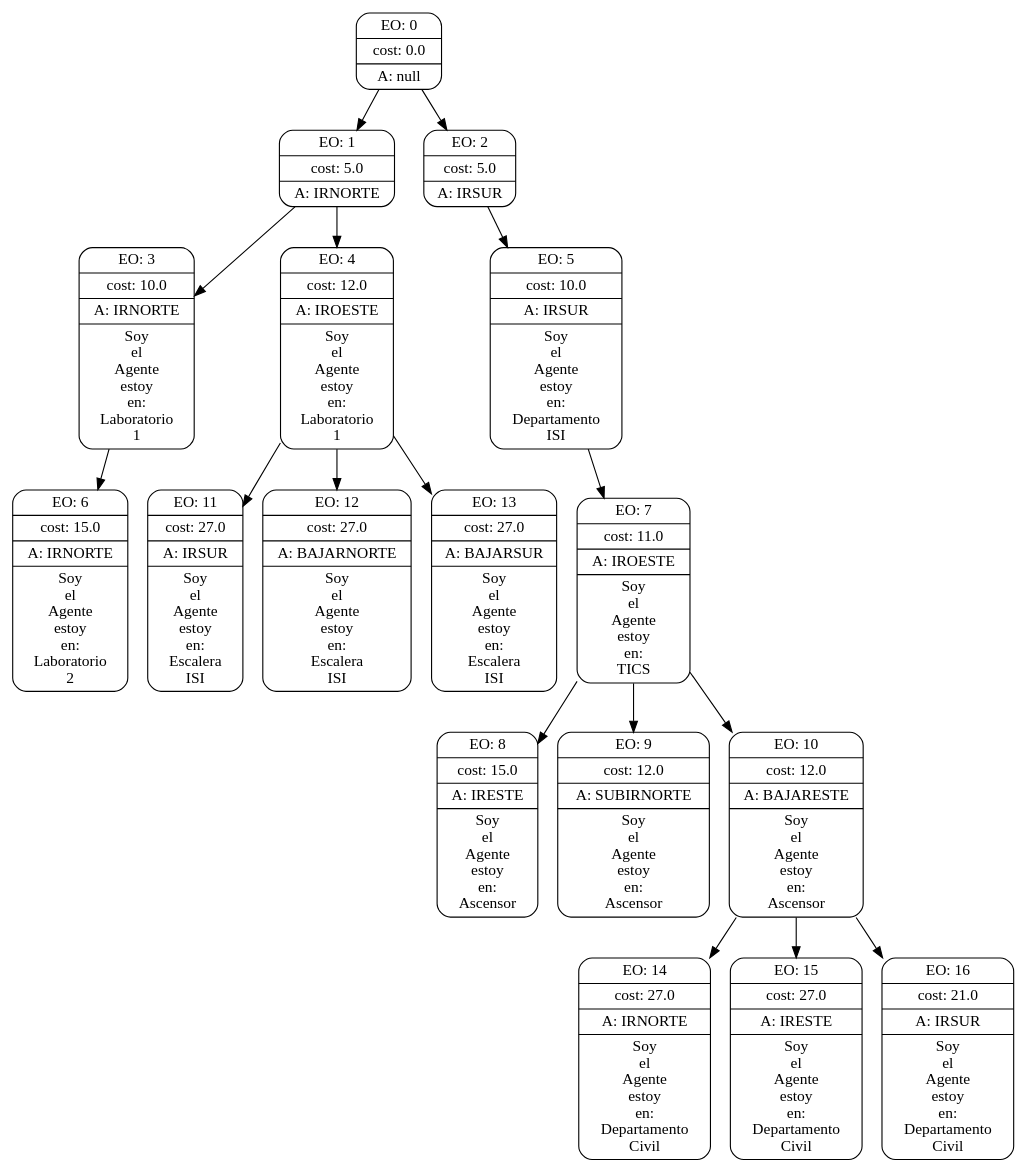
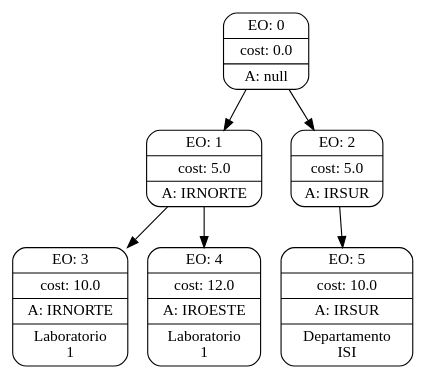
One commit to SofiLo/InteligenciaArtificial changed the diagram in agente/searchGVTrees/8.dot. Above: the diagram before and after it, drawn with Graphviz. The commit also changed 184 other files, not shown here.

```diff
--- a/agente/searchGVTrees/8.dot
+++ b/agente/searchGVTrees/8.dot
@@ -1,54 +1,21 @@
 digraph g {
 node [shape = Mrecord];
 nodo0[label="{EO: 0|cost: 0.0|A: null}"]
 nodo1[label="{EO: 1|cost: 5.0|A: IRNORTE}"]
-nodo3[label="{EO: 3|cost: 10.0|A: IRNORTE|Soy\nel\nAgente\nestoy\nen:\nLaboratorio\n1}"]
-nodo6[label="{EO: 6|cost: 15.0|A: IRNORTE|Soy\nel\nAgente\nestoy\nen:\nLaboratorio\n2}"]
-
-nodo3 -> nodo6;
+nodo3[label="{EO: 3|cost: 10.0|A: IRNORTE|Laboratorio\n1}"]
 
 nodo1 -> nodo3;
-nodo4[label="{EO: 4|cost: 12.0|A: IROESTE|Soy\nel\nAgente\nestoy\nen:\nLaboratorio\n1}"]
-nodo11[label="{EO: 11|cost: 27.0|A: IRSUR|Soy\nel\nAgente\nestoy\nen:\nEscalera\nISI}"]
-
-nodo4 -> nodo11;
-nodo12[label="{EO: 12|cost: 27.0|A: BAJARNORTE|Soy\nel\nAgente\nestoy\nen:\nEscalera\nISI}"]
-
-nodo4 -> nodo12;
-nodo13[label="{EO: 13|cost: 27.0|A: BAJARSUR|Soy\nel\nAgente\nestoy\nen:\nEscalera\nISI}"]
-
-nodo4 -> nodo13;
+nodo4[label="{EO: 4|cost: 12.0|A: IROESTE|Laboratorio\n1}"]
 
 nodo1 -> nodo4;
 
 nodo0 -> nodo1;
 nodo2[label="{EO: 2|cost: 5.0|A: IRSUR}"]
-nodo5[label="{EO: 5|cost: 10.0|A: IRSUR|Soy\nel\nAgente\nestoy\nen:\nDepartamento\nISI}"]
-nodo7[label="{EO: 7|cost: 11.0|A: IROESTE|Soy\nel\nAgente\nestoy\nen:\nTICS}"]
-nodo8[label="{EO: 8|cost: 15.0|A: IRESTE|Soy\nel\nAgente\nestoy\nen:\nAscensor}"]
-
-nodo7 -> nodo8;
-nodo9[label="{EO: 9|cost: 12.0|A: SUBIRNORTE|Soy\nel\nAgente\nestoy\nen:\nAscensor}"]
-
-nodo7 -> nodo9;
-nodo10[label="{EO: 10|cost: 12.0|A: BAJARESTE|Soy\nel\nAgente\nestoy\nen:\nAscensor}"]
-nodo14[label="{EO: 14|cost: 27.0|A: IRNORTE|Soy\nel\nAgente\nestoy\nen:\nDepartamento\nCivil}"]
-
-nodo10 -> nodo14;
-nodo15[label="{EO: 15|cost: 27.0|A: IRESTE|Soy\nel\nAgente\nestoy\nen:\nDepartamento\nCivil}"]
-
-nodo10 -> nodo15;
-nodo16[label="{EO: 16|cost: 21.0|A: IRSUR|Soy\nel\nAgente\nestoy\nen:\nDepartamento\nCivil}"]
-
-nodo10 -> nodo16;
-
-nodo7 -> nodo10;
-
-nodo5 -> nodo7;
+nodo5[label="{EO: 5|cost: 10.0|A: IRSUR|Departamento\nISI}"]
 
 nodo2 -> nodo5;
 
 nodo0 -> nodo2;
 
 
 }
```
